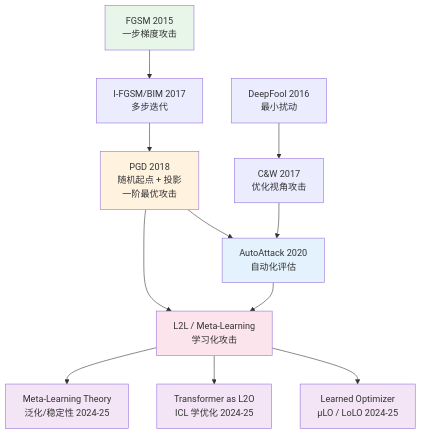
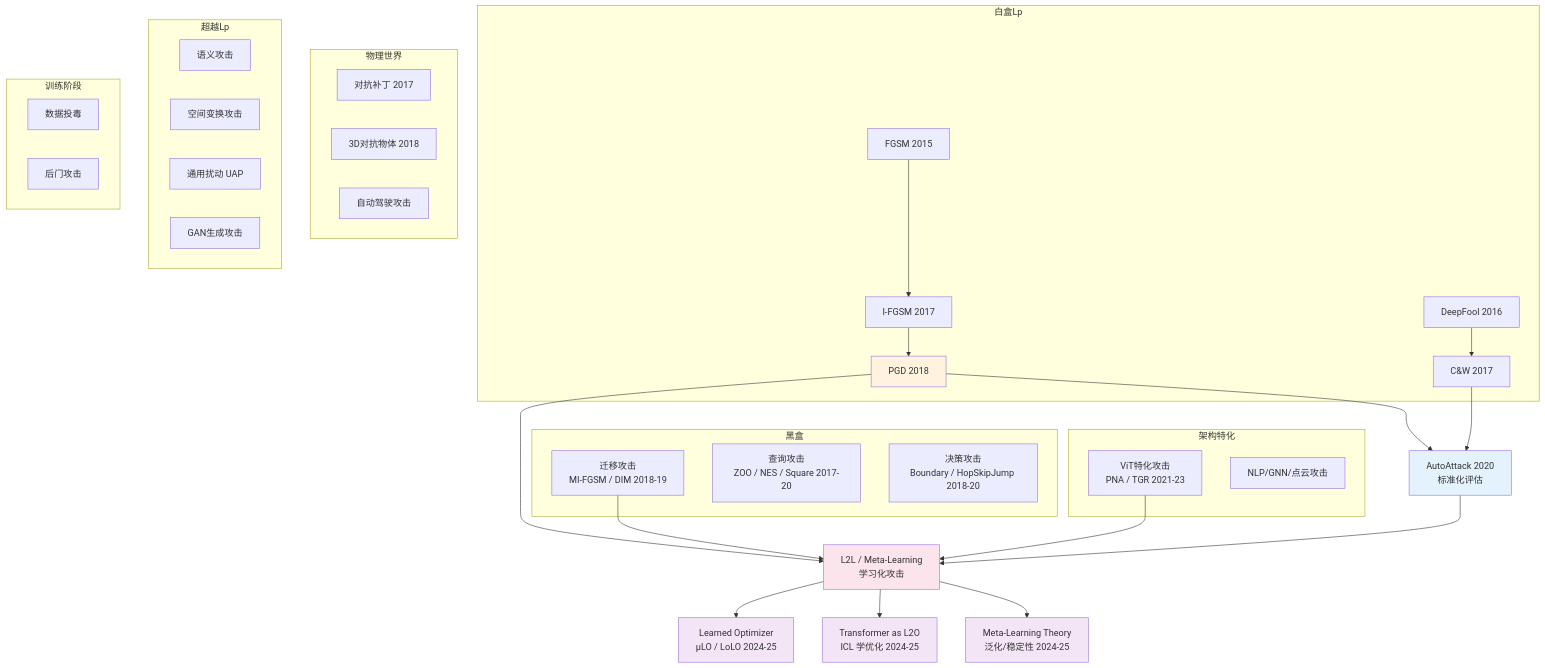
The diagram in 对抗性攻击/对抗性攻击发展脉络与L2L.md (Tayhirro/Database), drawn with Mermaid before and after one commit. The commit also changed other lines of this file, not shown here.

````diff
--- a/对抗性攻击/对抗性攻击发展脉络与L2L.md
+++ b/对抗性攻击/对抗性攻击发展脉络与L2L.md
@@ -450,27 +616,56 @@
 ```mermaid
 graph TD
-    A[FGSM 2015<br/>一步梯度攻击] --> B[I-FGSM/BIM 2017<br/>多步迭代]
-    B --> C[PGD 2018<br/>随机起点 + 投影<br/>一阶最优攻击]
-    
-    D[DeepFool 2016<br/>最小扰动] --> E[C&W 2017<br/>优化视角攻击]
-    
-    C --> F[AutoAttack 2020<br/>自动化评估]
-    E --> F
-    
-    F --> G[L2L / Meta-Learning<br/>学习化攻击]
-    C --> G
-    
-    G --> H[Learned Optimizer<br/>μLO / LoLO 2024-25]
-    G --> I[Transformer as L2O<br/>ICL 学优化 2024-25]
-    G --> J[Meta-Learning Theory<br/>泛化/稳定性 2024-25]
+    subgraph 白盒Lp
+        A[FGSM 2015] --> B[I-FGSM 2017]
+        B --> C[PGD 2018]
+        D[DeepFool 2016] --> E[C&W 2017]
+    end
 
-    style A fill:#e8f5e9
+    subgraph 黑盒
+        F[迁移攻击<br/>MI-FGSM / DIM 2018-19]
+        G[查询攻击<br/>ZOO / NES / Square 2017-20]
+        H[决策攻击<br/>Boundary / HopSkipJump 2018-20]
+    end
+
+    subgraph 物理世界
+        I[对抗补丁 2017]
+        J[3D对抗物体 2018]
+        K[自动驾驶攻击]
+    end
+
+    subgraph 架构特化
+        L[ViT特化攻击<br/>PNA / TGR 2021-23]
+        M[NLP/GNN/点云攻击]
+    end
+
+    subgraph 超越Lp
+        N[语义攻击]
+        O[空间变换攻击]
+        P[通用扰动 UAP]
+        Q[GAN生成攻击]
+    end
+
+    subgraph 训练阶段
+        R[数据投毒]
+        S[后门攻击]
+    end
+
+    C --> T[AutoAttack 2020<br/>标准化评估]
+    E --> T
+
+    C --> U[L2L / Meta-Learning<br/>学习化攻击]
+    F --> U
+    L --> U
+    T --> U
+
+    U --> V[Learned Optimizer<br/>μLO / LoLO 2024-25]
+    U --> W[Transformer as L2O<br/>ICL 学优化 2024-25]
+    U --> X[Meta-Learning Theory<br/>泛化/稳定性 2024-25]
+
     style C fill:#fff3e0
-    style F fill:#e3f2fd
-    style G fill:#fce4ec
-    style H fill:#f3e5f5
-    style I fill:#f3e5f5
-    style J fill:#f3e5f5
-
-    class A,B,C internal-link;
+    style T fill:#e3f2fd
+    style U fill:#fce4ec
+    style V fill:#f3e5f5
+    style W fill:#f3e5f5
+    style X fill:#f3e5f5
 ```
````
